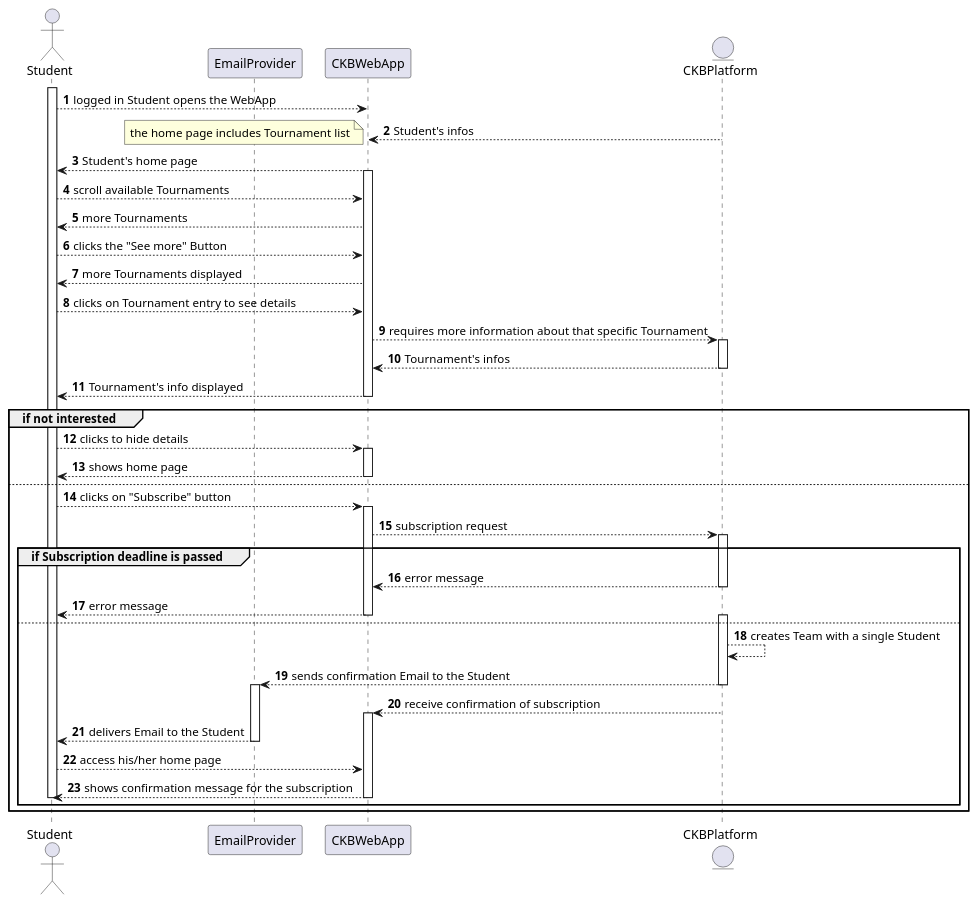
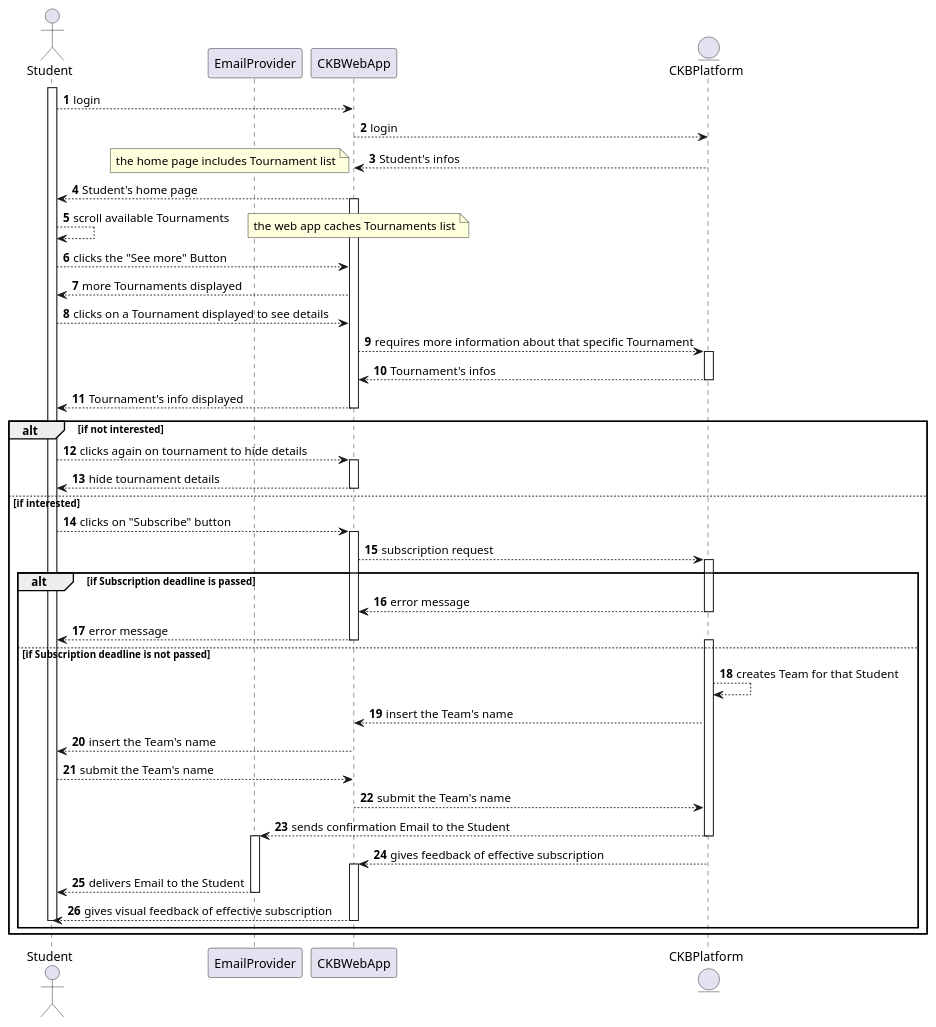
The diagram in _RASD/Images/UML/sequenceDiagram/sequenceDiagramUC3.wsd (Angelo7672/SE2_Requirement-and-Design-Document), drawn with PlantUML before and after one commit. The commit also changed 6 other files, not shown here.

Commit message:
sequence diagram fix

```diff
--- a/_RASD/Images/UML/sequenceDiagram/sequenceDiagramUC3.wsd
+++ b/_RASD/Images/UML/sequenceDiagram/sequenceDiagramUC3.wsd
@@ -1,61 +1,68 @@
 @startuml
 autonumber
 actor Student as S
 participant EmailProvider as E
 participant CKBWebApp as A
 entity CKBPlatform as P
 
 
 activate S
-S--->A: logged in Student opens the WebApp
-
+S--->A: login
+A--->P: login
 A<---P: Student's infos
 deactivate P
 note left
     the home page includes Tournament list
 end note
 S<---A: Student's home page
 activate A
-S--->A: scroll available Tournaments
-S<---A: more Tournaments
+S--->S: scroll available Tournaments
+note right
+    the web app caches Tournaments list
+end note
 S--->A: clicks the "See more" Button
 S<---A: more Tournaments displayed
-S--->A: clicks on Tournament entry to see details
+S--->A: clicks on a Tournament displayed to see details
 A--->P: requires more information about that specific Tournament
 activate P
 A<---P: Tournament's infos
 deactivate P
 S<---A: Tournament's info displayed
 deactivate A
-group if not interested
-    S--->A: clicks to hide details
+
+alt if not interested
+    S--->A: clicks again on tournament to hide details
     activate A
-    S<---A: shows home page
+    S<---A: hide tournament details
     deactivate A
-else 
+else if interested
     S--->A: clicks on "Subscribe" button
     activate A
     A--->P: subscription request
     activate P
-    group if Subscription deadline is passed
+
+    alt if Subscription deadline is passed
         P--->A: error message
         deactivate P
         S<--A: error message
         deactivate A
-    else
+    else if Subscription deadline is not passed
         activate P
-        P--->P: creates Team with a single Student
+        P--->P: creates Team for that Student
+        P--->A: insert the Team's name
+        A--->S: insert the Team's name
+        S--->A: submit the Team's name
+        A--->P: submit the Team's name
         P--->E: sends confirmation Email to the Student
         deactivate P
         activate E
-        A<---P: receive confirmation of subscription
+        A<---P: gives feedback of effective subscription
         activate A
         E--->S: delivers Email to the Student
         deactivate E
-        S--->A: access his/her home page
-        S<---A: shows confirmation message for the subscription
+        S<---A: gives visual feedback of effective subscription
         deactivate A
         deactivate S
     end
 end
 @enduml
```
